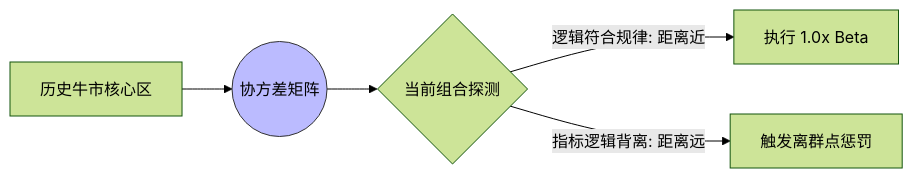
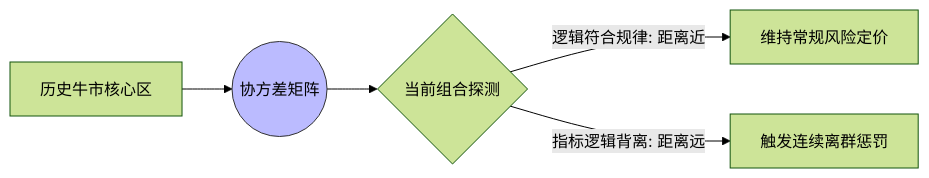
Diagram 14 of 14 in docs/V11_5_USER_PHILOSOPHY.md (yutaofr/qqq-buyer-monitor), drawn with Mermaid (forest theme) before and after one commit. The commit also changed other lines of this file and 1 other file, not shown here.

````diff
--- a/docs/V11_5_USER_PHILOSOPHY.md
+++ b/docs/V11_5_USER_PHILOSOPHY.md
@@ -423,8 +424,8 @@
 ```mermaid
 graph LR
     A[历史牛市核心区] --> B((协方差矩阵))
     B --> C{当前组合探测}
-    C -- 逻辑符合规律: 距离近 --> D[执行 1.0x Beta]
-    C -- 指标逻辑背离: 距离远 --> E[触发离群点惩罚]
+    C -- 逻辑符合规律: 距离近 --> D[维持常规风险定价]
+    C -- 指标逻辑背离: 距离远 --> E[触发连续离群惩罚]
     style B fill:#bbf,stroke:#333
 ```
````
